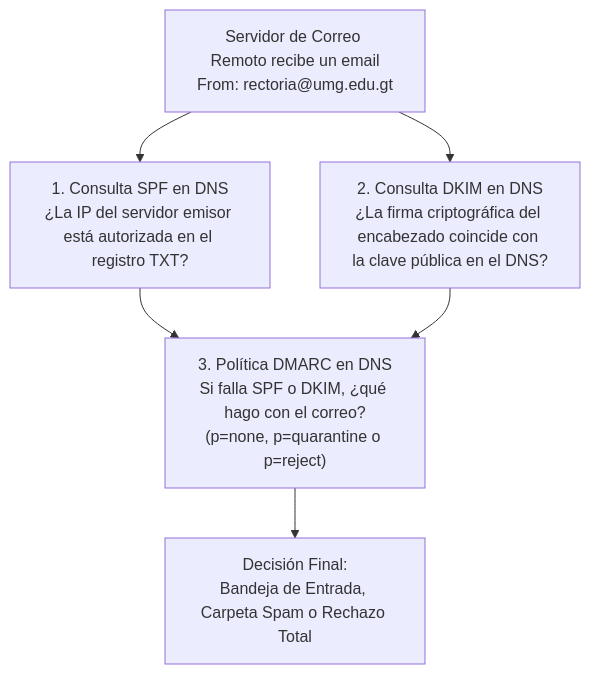
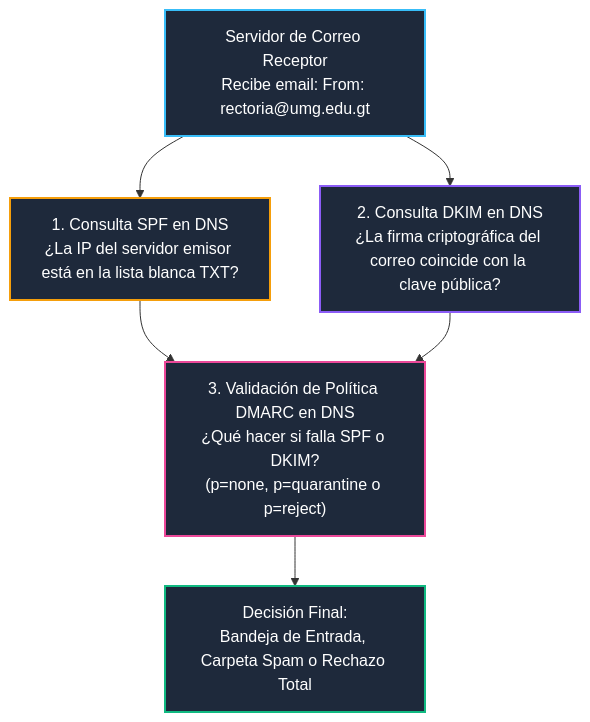
One commit to ch4rf/redes-computadoras changed the second of 2 diagrams in Teoria/Modulo_2_Capa_Aplicacion/05_Transferencia_Archivos_Acceso_Remoto_Correo.md. Above: the diagram before and after it, drawn with Mermaid. The commit also changed 12 other files, not shown here.

Commit message:
fix: reemplazar arte ascii por diagramas nativos mermaid y tablas responsivas para obsidian y vscode

````diff
--- a/Teoria/Modulo_2_Capa_Aplicacion/05_Transferencia_Archivos_Acceso_Remoto_Correo.md
+++ b/Teoria/Modulo_2_Capa_Aplicacion/05_Transferencia_Archivos_Acceso_Remoto_Correo.md
@@ -55,8 +55,14 @@
 ```mermaid
-graph TD
-    MTA["Servidor de Correo Remoto recibe un email<br/>From: rectoria@umg.edu.gt"] --> SPF["1. Consulta SPF en DNS<br/>¿La IP del servidor emisor está autorizada en el registro TXT?"]
-    MTA --> DKIM["2. Consulta DKIM en DNS<br/>¿La firma criptográfica del encabezado coincide con la clave pública en el DNS?"]
-    SPF --> DMARC["3. Política DMARC en DNS<br/>Si falla SPF o DKIM, ¿qué hago con el correo?<br/>(p=none, p=quarantine o p=reject)"]
+flowchart TD
+    MTA["Servidor de Correo Receptor<br/>Recibe email: From: rectoria@umg.edu.gt"] --> SPF["1. Consulta SPF en DNS<br/>¿La IP del servidor emisor está en la lista blanca TXT?"]
+    MTA --> DKIM["2. Consulta DKIM en DNS<br/>¿La firma criptográfica del correo coincide con la clave pública?"]
+    SPF --> DMARC["3. Validación de Política DMARC en DNS<br/>¿Qué hacer si falla SPF o DKIM?<br/>(p=none, p=quarantine o p=reject)"]
     DKIM --> DMARC
-    DMARC --> Delivery["Decisión Final:<br/>Bandeja de Entrada, Carpeta Spam o Rechazo Total"]
+    DMARC --> DECISION["Decisión Final:<br/>Bandeja de Entrada, Carpeta Spam o Rechazo Total"]
+
+    style MTA fill:#1e293b,stroke:#38bdf8,stroke-width:2px,color:#fff
+    style SPF fill:#1e293b,stroke:#f59e0b,stroke-width:2px,color:#fff
+    style DKIM fill:#1e293b,stroke:#8b5cf6,stroke-width:2px,color:#fff
+    style DMARC fill:#1e293b,stroke:#ec4899,stroke-width:2px,color:#fff
+    style DECISION fill:#1e293b,stroke:#10b981,stroke-width:2px,color:#fff
 ```
````
